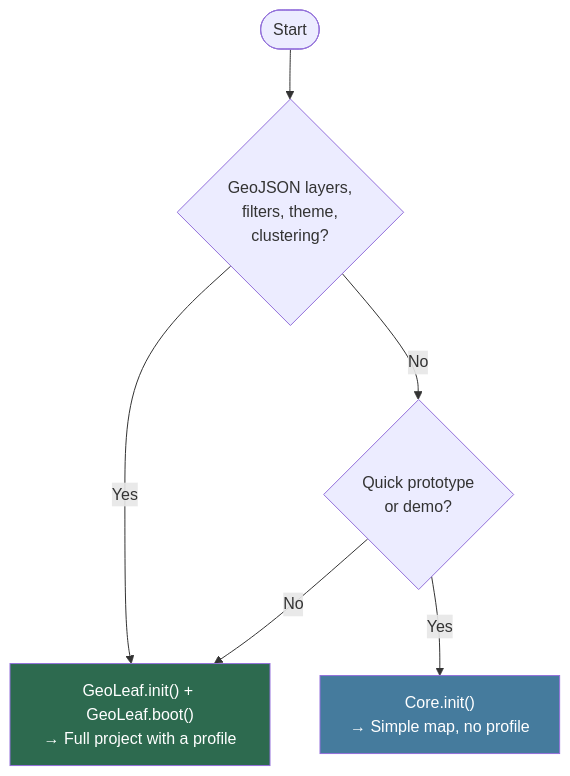
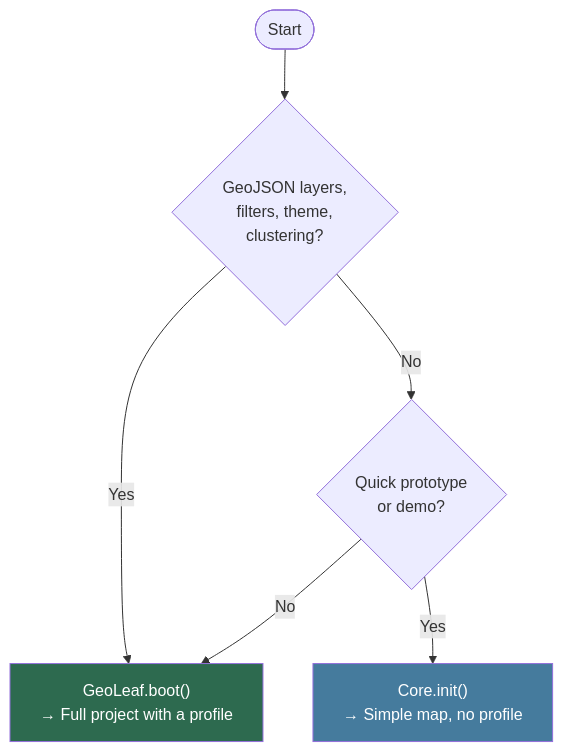
The diagram in packages/core/docs/GETTING_STARTED.md (geoleaf/geoleaf-js), drawn with Mermaid before and after one commit. The commit also changed other lines of this file and 162 other files, not shown here.

````diff
--- a/packages/core/docs/GETTING_STARTED.md
+++ b/packages/core/docs/GETTING_STARTED.md
@@ -172,10 +172,10 @@
 ```mermaid
 flowchart TD
     A(["Start"]) --> B{"GeoJSON layers,\nfilters, theme,\nclustering?"}
-    B -->|Yes| C["GeoLeaf.init() + GeoLeaf.boot()\n→ Full project with a profile"]
+    B -->|Yes| C["GeoLeaf.boot()\n→ Full project with a profile"]
     B -->|No| D{"Quick prototype\nor demo?"}
     D -->|Yes| E["Core.init()\n→ Simple map, no profile"]
     D -->|No| C
     style C fill:#2d6a4f,color:#fff
     style E fill:#457b9d,color:#fff
 ```
````
